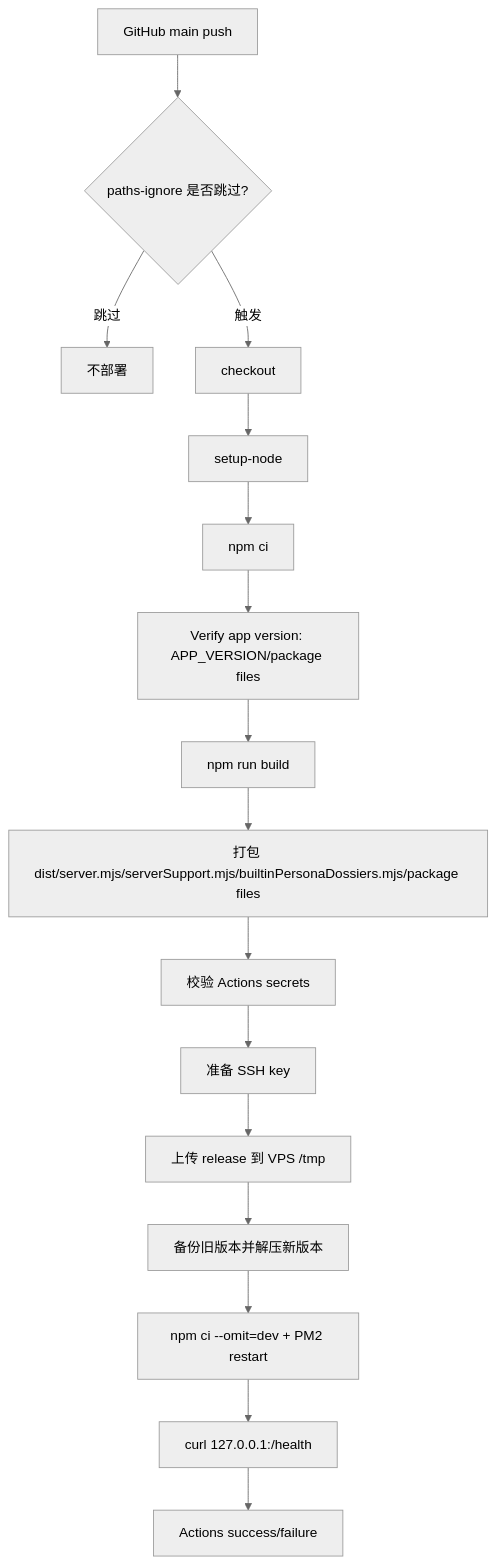
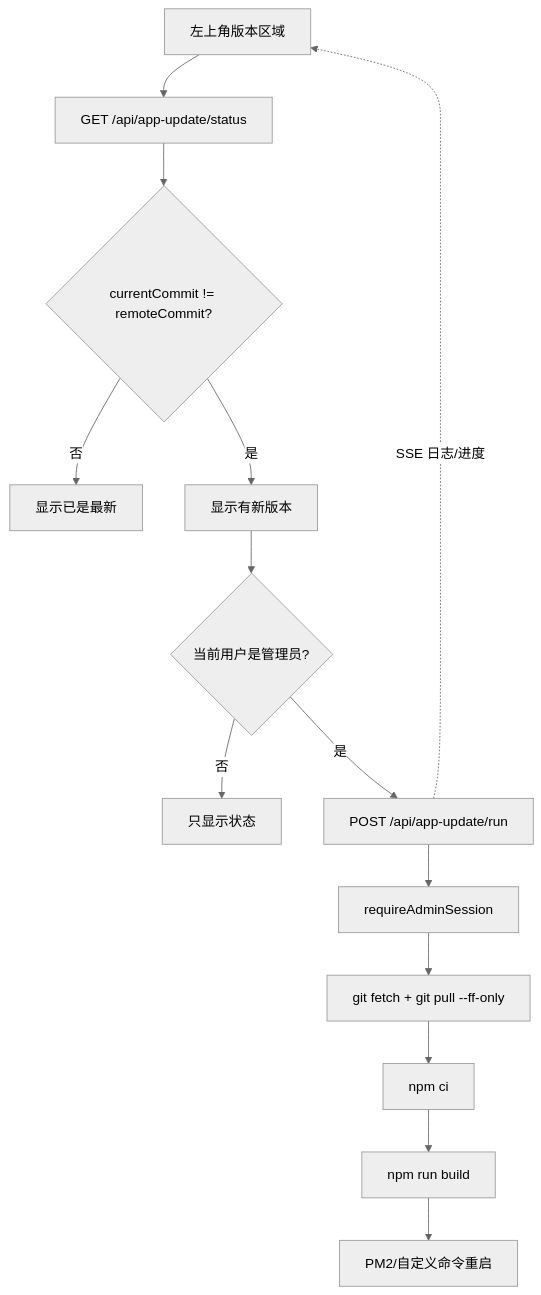
Before and after one commit to ttmanthatman/virtual-human-flow: diagram 28 of 30 in docs/SYSTEM_FLOW.md, drawn with Mermaid (neutral theme). The commit also changed other lines of this file and 13 other files, not shown here.

Commit message:
Add admin-triggered VPS updater

````diff
--- a/docs/SYSTEM_FLOW.md
+++ b/docs/SYSTEM_FLOW.md
@@ -617,18 +621,16 @@
 ```mermaid
 flowchart TD
-    PUSH["GitHub main push"] --> FILTER{"paths-ignore 是否跳过?"}
-    FILTER -- "跳过" --> END["不部署"]
-    FILTER -- "触发" --> CHECKOUT["checkout"]
-    CHECKOUT --> NODE["setup-node"]
-    NODE --> INSTALL["npm ci"]
-    INSTALL --> VERSION["Verify app version: APP_VERSION/package files"]
-    VERSION --> BUILD["npm run build"]
-    BUILD --> PACKAGE["打包 dist/server.mjs/serverSupport.mjs/builtinPersonaDossiers.mjs/package files"]
-    PACKAGE --> SECRETS["校验 Actions secrets"]
-    SECRETS --> SSH["准备 SSH key"]
-    SSH --> UPLOAD["上传 release 到 VPS /tmp"]
-    UPLOAD --> ACTIVATE["备份旧版本并解压新版本"]
-    ACTIVATE --> PM2["npm ci --omit=dev + PM2 restart"]
-    PM2 --> HEALTH["curl 127.0.0.1:<production-port>/health"]
-    HEALTH --> RESULT["Actions success/failure"]
+    UI["左上角版本区域"] --> STATUS["GET /api/app-update/status"]
+    STATUS --> DIFF{"currentCommit != remoteCommit?"}
+    DIFF -- "否" --> OK["显示已是最新"]
+    DIFF -- "是" --> BADGE["显示有新版本"]
+    BADGE --> ADMIN{"当前用户是管理员?"}
+    ADMIN -- "否" --> READONLY["只显示状态"]
+    ADMIN -- "是" --> RUN["POST /api/app-update/run"]
+    RUN --> AUTH["requireAdminSession"]
+    AUTH --> GIT["git fetch + git pull --ff-only"]
+    GIT --> INSTALL["npm ci"]
+    INSTALL --> BUILD["npm run build"]
+    BUILD --> RESTART["PM2/自定义命令重启"]
+    RUN -. "SSE 日志/进度" .-> UI
 ```
````
